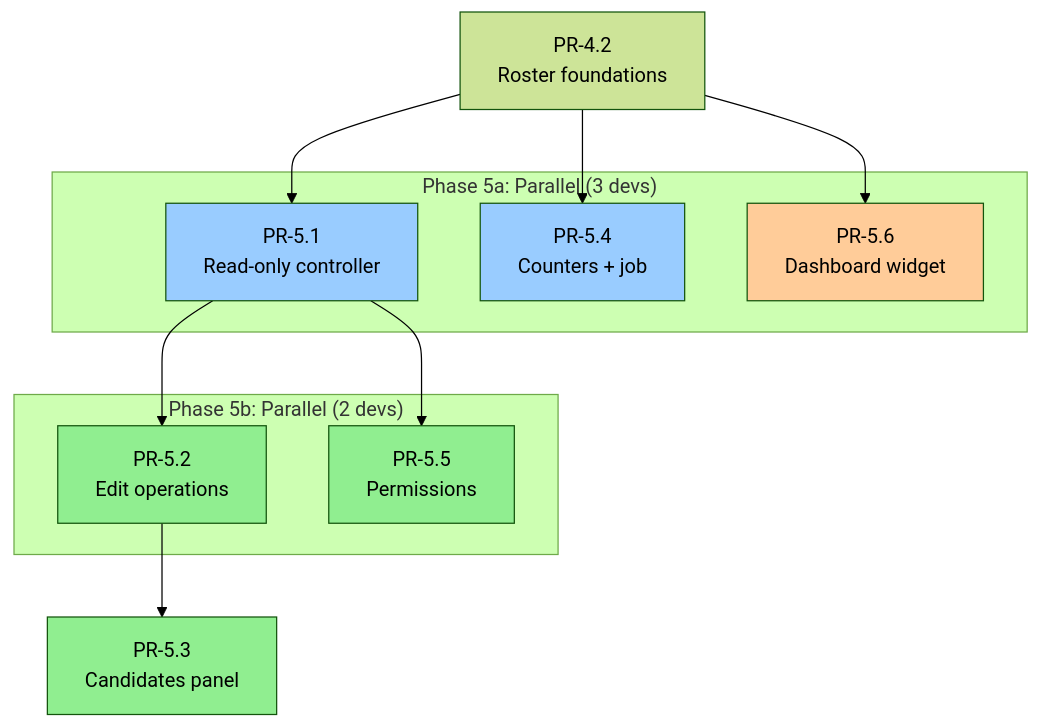
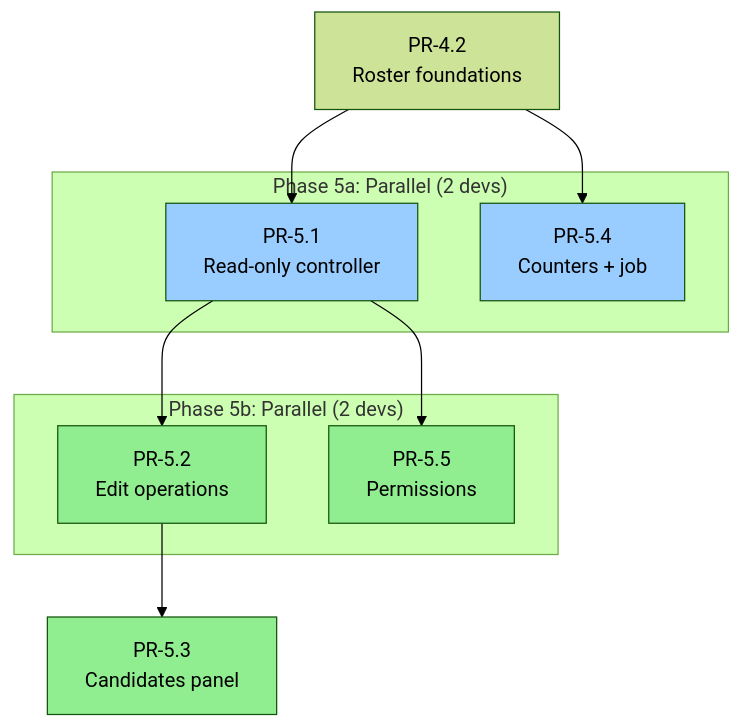
One commit to MaMpf-HD/mampf changed the fourth of 13 diagrams in architecture/src/features/parallelization.md. Above: the diagram before and after it, drawn with Mermaid (forest theme). The commit also changed other lines of this file and 12 other files, not shown here.

````diff
--- a/architecture/src/features/parallelization.md
+++ b/architecture/src/features/parallelization.md
@@ -286,31 +277,28 @@
 ```mermaid
 graph TD
     PR42[PR-4.2<br/>Roster foundations]
-    
-    subgraph "Phase 5a: Parallel (3 devs)"
+
+    subgraph "Phase 5a: Parallel (2 devs)"
         PR51[PR-5.1<br/>Read-only controller]
         PR54[PR-5.4<br/>Counters + job]
-        PR56[PR-5.6<br/>Dashboard widget]
     end
-    
+
     subgraph "Phase 5b: Parallel (2 devs)"
         PR52[PR-5.2<br/>Edit operations]
         PR55[PR-5.5<br/>Permissions]
     end
-    
+
     PR53[PR-5.3<br/>Candidates panel]
-    
+
     PR42 --> PR51
     PR42 --> PR54
-    PR42 --> PR56
     PR51 --> PR52
     PR51 --> PR55
     PR52 --> PR53
-    
+
     style PR51 fill:#99ccff
     style PR54 fill:#99ccff
-    style PR56 fill:#ffcc99
     style PR52 fill:#90ee90
     style PR55 fill:#90ee90
     style PR53 fill:#90ee90
 ```
````
